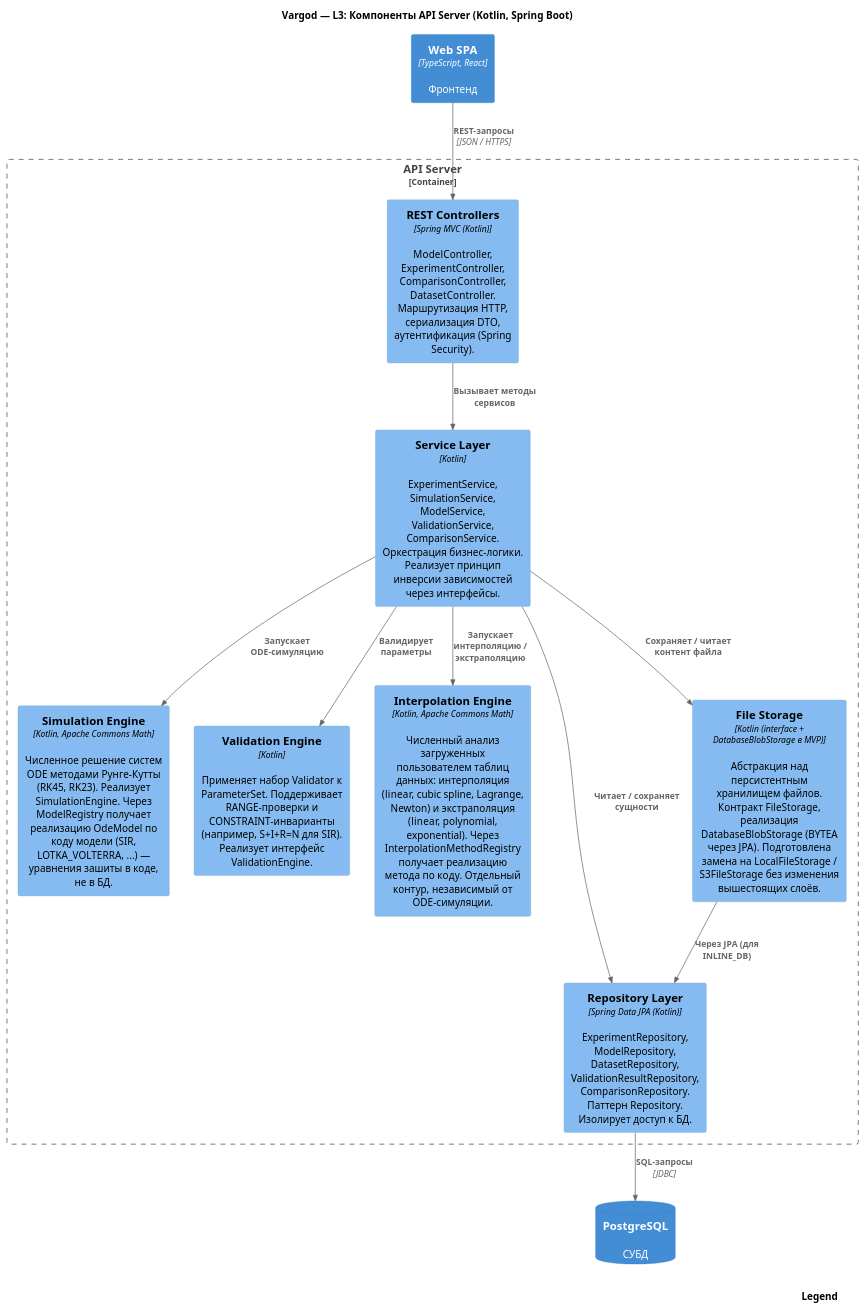
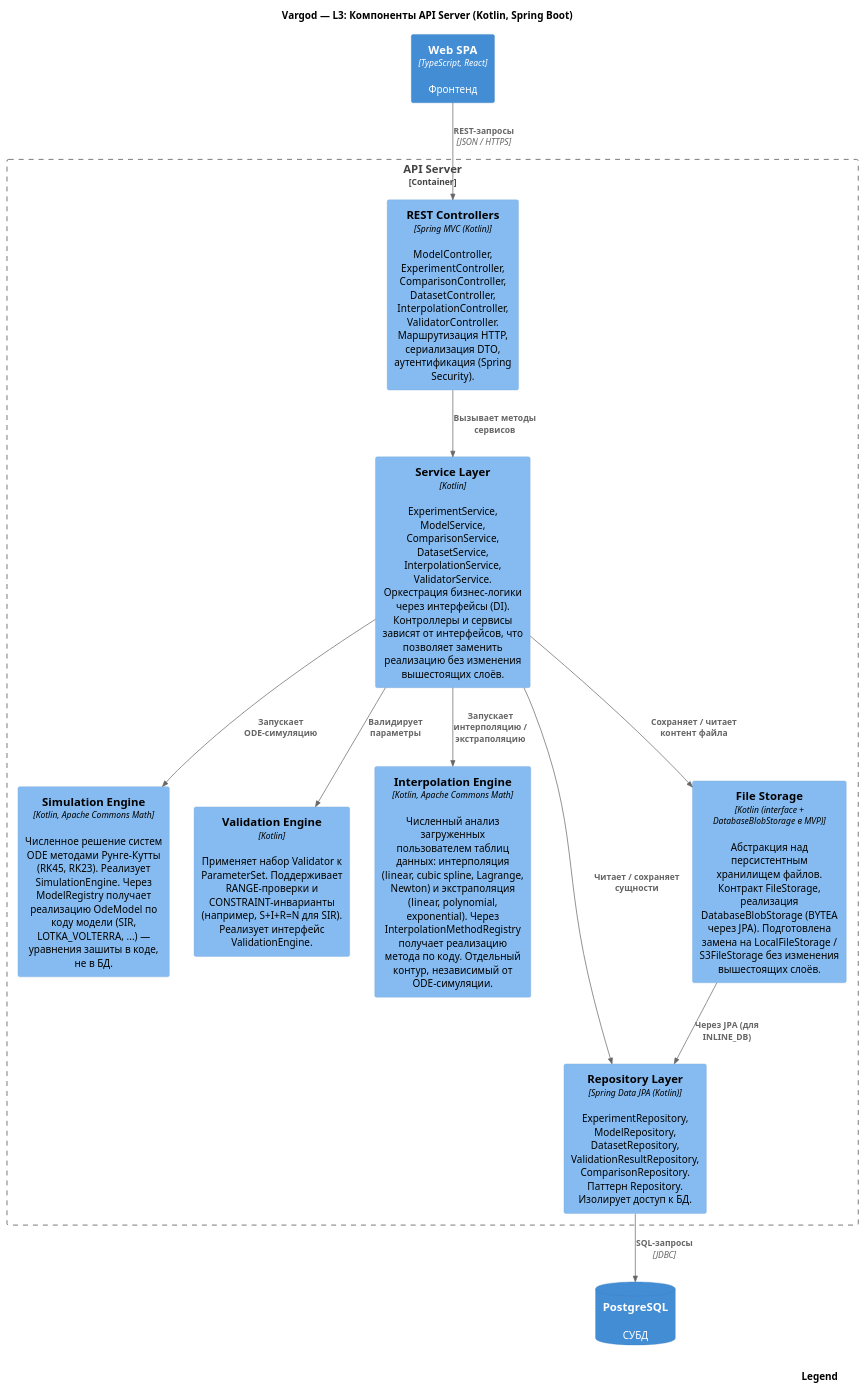
The diagram in diagrams/c4_l3_component_backend.puml (Nna2291/vargod), drawn with PlantUML before and after one commit. The commit also changed 5 other files, not shown here.

```diff
--- a/diagrams/c4_l3_component_backend.puml
+++ b/diagrams/c4_l3_component_backend.puml
@@ -1,31 +1,31 @@
 @startuml c4_l3_component_backend
 !include https://raw.githubusercontent.com/plantuml-stdlib/C4-PlantUML/v2.10.0/C4_Component.puml
 
 SHOW_LEGEND()
 
 title Vargod — L3: Компоненты API Server (Kotlin, Spring Boot)
 
 Container(spa, "Web SPA", "TypeScript, React", "Фронтенд")
 ContainerDb(db, "PostgreSQL", "", "СУБД")
 
 Container_Boundary(api, "API Server") {
-    Component(controllers, "REST Controllers", "Spring MVC (Kotlin)", "ModelController, ExperimentController, ComparisonController, DatasetController. Маршрутизация HTTP, сериализация DTO, аутентификация (Spring Security).")
-    Component(services, "Service Layer", "Kotlin", "ExperimentService, SimulationService, ModelService, ValidationService, ComparisonService. Оркестрация бизнес-логики. Реализует принцип инверсии зависимостей через интерфейсы.")
+    Component(controllers, "REST Controllers", "Spring MVC (Kotlin)", "ModelController, ExperimentController, ComparisonController, DatasetController, InterpolationController, ValidatorController. Маршрутизация HTTP, сериализация DTO, аутентификация (Spring Security).")
+    Component(services, "Service Layer", "Kotlin", "ExperimentService, ModelService, ComparisonService, DatasetService, InterpolationService, ValidatorService. Оркестрация бизнес-логики через интерфейсы (DI). Контроллеры и сервисы зависят от интерфейсов, что позволяет заменить реализацию без изменения вышестоящих слоёв.")
     Component(simulation, "Simulation Engine", "Kotlin, Apache Commons Math", "Численное решение систем ODE методами Рунге-Кутты (RK45, RK23). Реализует SimulationEngine. Через ModelRegistry получает реализацию OdeModel по коду модели (SIR, LOTKA_VOLTERRA, ...) — уравнения зашиты в коде, не в БД.")
     Component(validation, "Validation Engine", "Kotlin", "Применяет набор Validator к ParameterSet. Поддерживает RANGE-проверки и CONSTRAINT-инварианты (например, S+I+R=N для SIR). Реализует интерфейс ValidationEngine.")
     Component(interpolation, "Interpolation Engine", "Kotlin, Apache Commons Math", "Численный анализ загруженных пользователем таблиц данных: интерполяция (linear, cubic spline, Lagrange, Newton) и экстраполяция (linear, polynomial, exponential). Через InterpolationMethodRegistry получает реализацию метода по коду. Отдельный контур, независимый от ODE-симуляции.")
     Component(repositories, "Repository Layer", "Spring Data JPA (Kotlin)", "ExperimentRepository, ModelRepository, DatasetRepository, ValidationResultRepository, ComparisonRepository. Паттерн Repository. Изолирует доступ к БД.")
     Component(filestorage, "File Storage", "Kotlin (interface + DatabaseBlobStorage в MVP)", "Абстракция над персистентным хранилищем файлов. Контракт FileStorage, реализация DatabaseBlobStorage (BYTEA через JPA). Подготовлена замена на LocalFileStorage / S3FileStorage без изменения вышестоящих слоёв.")
 }
 
 Rel(spa, controllers, "REST-запросы", "JSON / HTTPS")
 Rel(controllers, services, "Вызывает методы сервисов")
 Rel(services, simulation, "Запускает ODE-симуляцию")
 Rel(services, validation, "Валидирует параметры")
 Rel(services, interpolation, "Запускает интерполяцию / экстраполяцию")
 Rel(services, repositories, "Читает / сохраняет сущности")
 Rel(services, filestorage, "Сохраняет / читает контент файла")
 Rel(filestorage, repositories, "Через JPA (для INLINE_DB)")
 Rel(repositories, db, "SQL-запросы", "JDBC")
 
 @enduml
```
